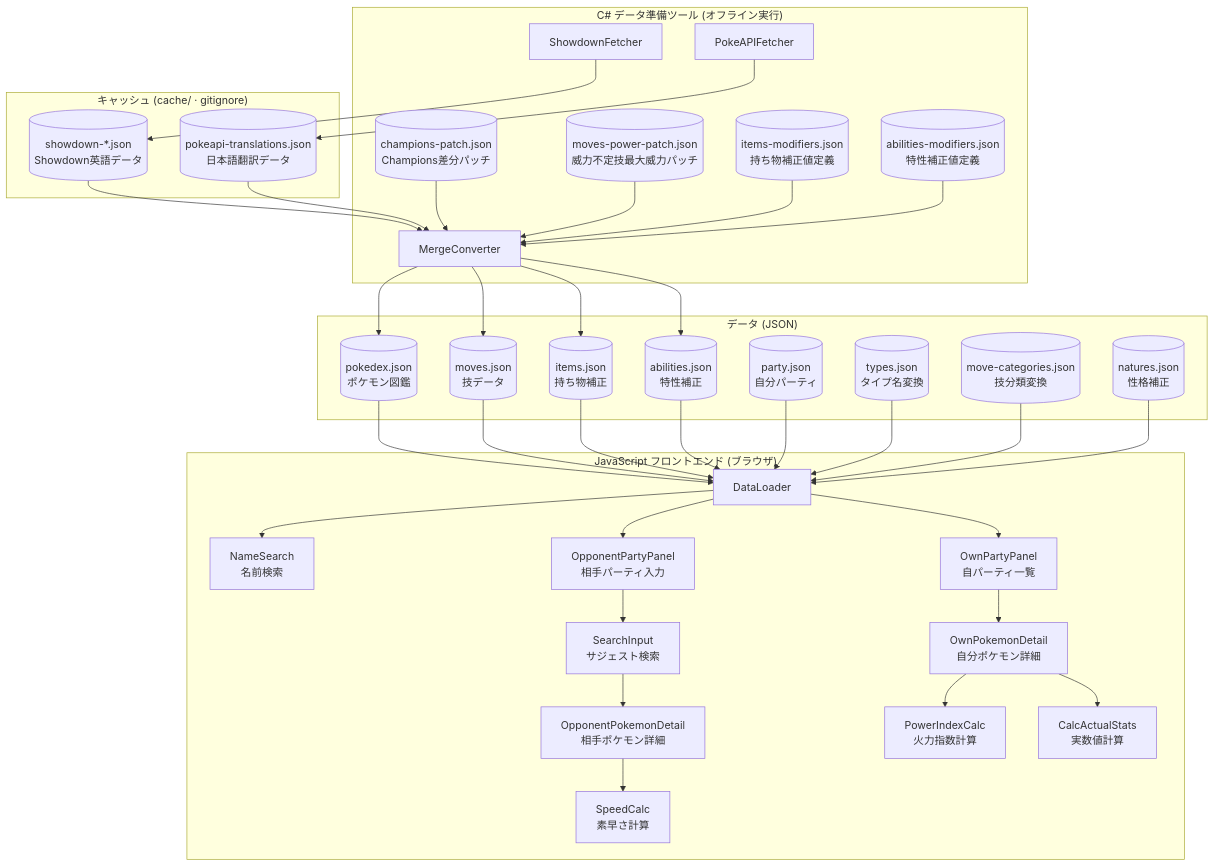
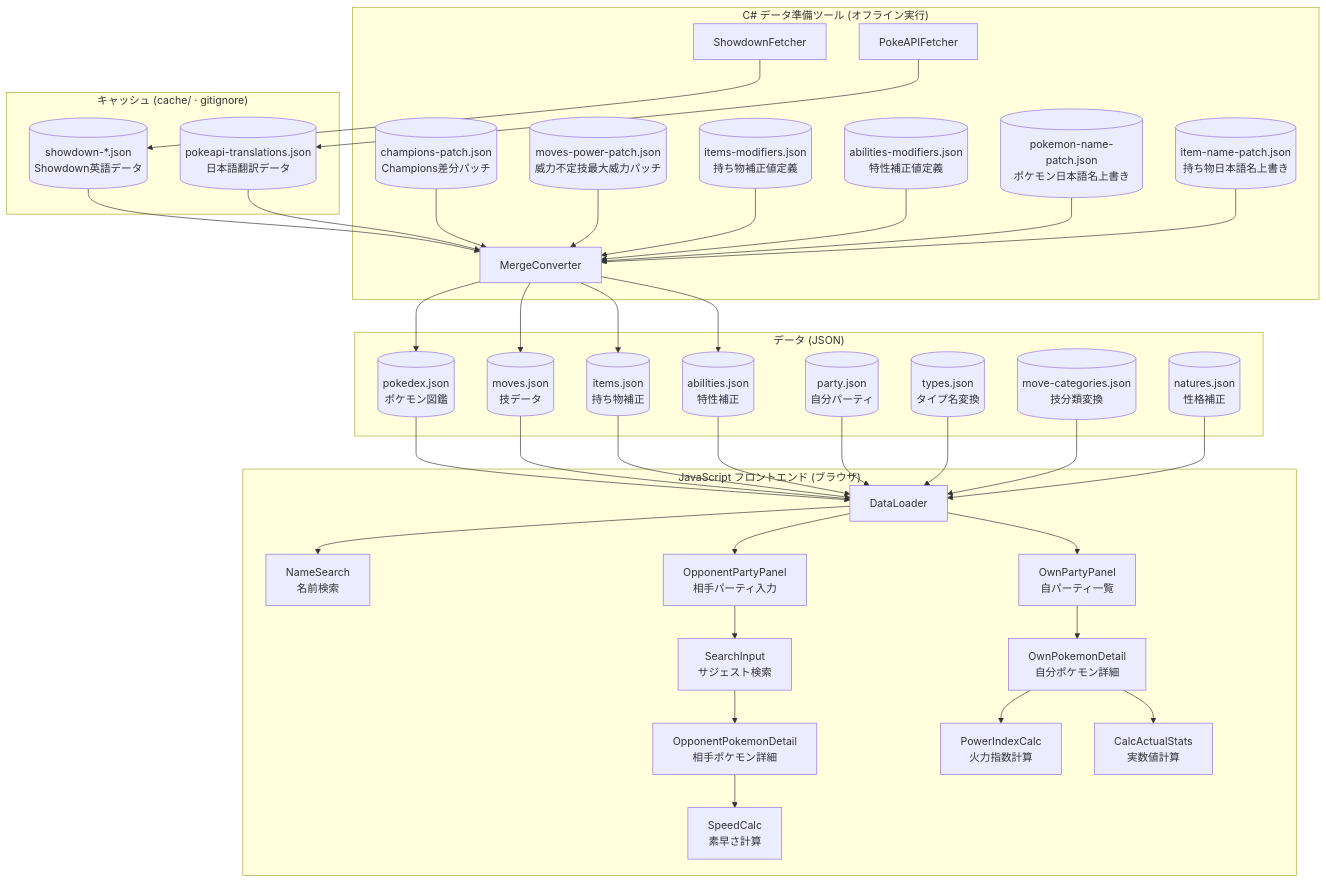
One commit to 7mgxk5856x-alt/pokelens changed the first of 4 diagrams in docs/functional-design.md. Above: the diagram before and after it, drawn with Mermaid. The commit also changed other lines of this file and 15 other files, not shown here.

Commit message:
fix(tools): フォルム別日本語名解決と name-patch 機構を追加

````diff
--- a/docs/functional-design.md
+++ b/docs/functional-design.md
@@ -5,68 +5,72 @@
 ```mermaid
 graph TB
     subgraph C#ツール["C# データ準備ツール (オフライン実行)"]
         Fetcher[ShowdownFetcher]
         PokeAPIFetcher[PokeAPIFetcher]
         Converter[MergeConverter]
         Patch[(champions-patch.json<br/>Champions差分パッチ)]
         MovesPowerPatch[(moves-power-patch.json<br/>威力不定技最大威力パッチ)]
         ItemsModifiers[(items-modifiers.json<br/>持ち物補正値定義)]
         AbilitiesModifiers[(abilities-modifiers.json<br/>特性補正値定義)]
+        PokemonNamePatch[(pokemon-name-patch.json<br/>ポケモン日本語名上書き)]
+        ItemNamePatch[(item-name-patch.json<br/>持ち物日本語名上書き)]
     end
 
     subgraph キャッシュ["キャッシュ (cache/ · gitignore)"]
         ShowdownCache[(showdown-*.json<br/>Showdown英語データ)]
         PokeApiCache[(pokeapi-translations.json<br/>日本語翻訳データ)]
     end
 
     subgraph データ["データ (JSON)"]
         Pokedex[(pokedex.json<br/>ポケモン図鑑)]
         Moves[(moves.json<br/>技データ)]
         Items[(items.json<br/>持ち物補正)]
         Abilities[(abilities.json<br/>特性補正)]
         PartyData[(party.json<br/>自分パーティ)]
         TypeNames[(types.json<br/>タイプ名変換)]
         MoveCategories[(move-categories.json<br/>技分類変換)]
         Natures[(natures.json<br/>性格補正)]
     end
 
     subgraph JS["JavaScript フロントエンド (ブラウザ)"]
         DataLoader[DataLoader]
         NameSearch[NameSearch<br/>名前検索]
         CalcActualStats[CalcActualStats<br/>実数値計算]
         OpponentPartyPanel[OpponentPartyPanel<br/>相手パーティ入力]
         OpponentPokemonDetail[OpponentPokemonDetail<br/>相手ポケモン詳細]
         SearchInput[SearchInput<br/>サジェスト検索]
         SpeedCalc[SpeedCalc<br/>素早さ計算]
         OwnPartyPanel[OwnPartyPanel<br/>自パーティ一覧]
         OwnPokemonDetail[OwnPokemonDetail<br/>自分ポケモン詳細]
         PowerCalc[PowerIndexCalc<br/>火力指数計算]
     end
 
     Fetcher --> ShowdownCache
     PokeAPIFetcher --> PokeApiCache
     ShowdownCache --> Converter
     PokeApiCache --> Converter
     Patch --> Converter
     MovesPowerPatch --> Converter
     ItemsModifiers --> Converter
     AbilitiesModifiers --> Converter
+    PokemonNamePatch --> Converter
+    ItemNamePatch --> Converter
     Converter --> Pokedex & Moves & Items & Abilities
     Pokedex --> DataLoader
     Moves --> DataLoader
     Items --> DataLoader
     Abilities --> DataLoader
     TypeNames --> DataLoader
     MoveCategories --> DataLoader
     Natures --> DataLoader
     PartyData --> DataLoader
     DataLoader --> NameSearch
     DataLoader --> OpponentPartyPanel
     DataLoader --> OwnPartyPanel
     OpponentPartyPanel --> SearchInput
     SearchInput --> OpponentPokemonDetail
     OpponentPokemonDetail --> SpeedCalc
     OwnPartyPanel --> OwnPokemonDetail
     OwnPokemonDetail --> PowerCalc
     OwnPokemonDetail --> CalcActualStats
 ```
````
